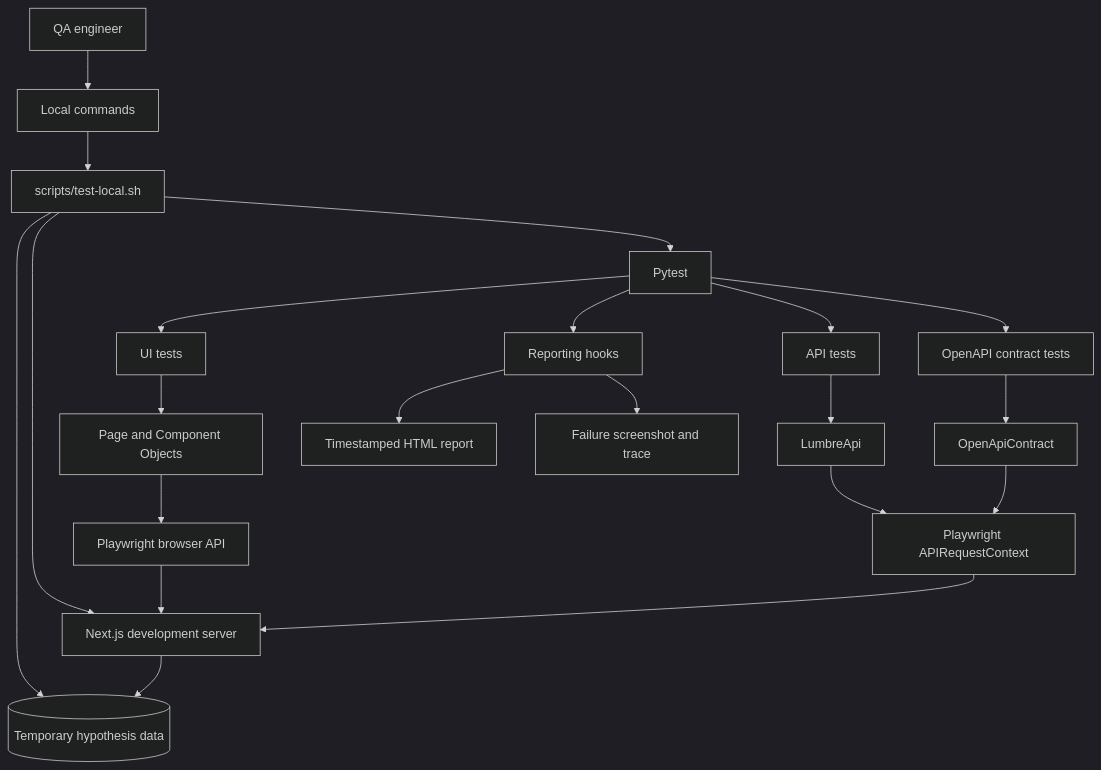
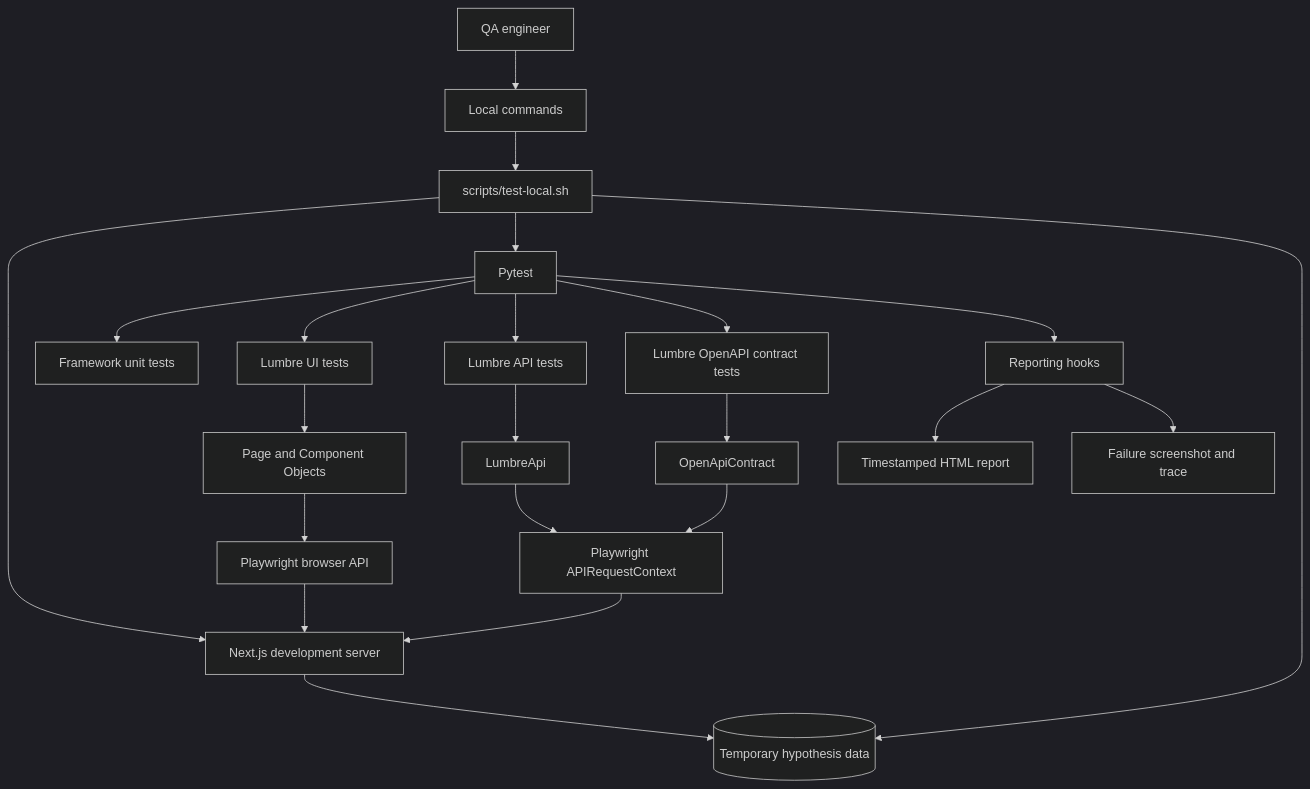
Before and after one commit to zvasdfg/lumbre-playwright-python: the first of 6 diagrams in docs/ARCHITECTURE.md, drawn with Mermaid (dark theme). The commit also changed other lines of this file and 8 other files, not shown here.

````diff
--- a/docs/ARCHITECTURE.md
+++ b/docs/ARCHITECTURE.md
@@ -21,29 +23,30 @@
 ```mermaid
 flowchart TB
     Engineer[QA engineer] --> Commands[Local commands]
     Commands --> Runner[scripts/test-local.sh]
 
     Runner --> DevServer[Next.js development server]
     Runner --> Pytest[Pytest]
     Runner --> TempData[(Temporary hypothesis data)]
 
-    Pytest --> UI[UI tests]
-    Pytest --> API[API tests]
-    Pytest --> Contracts[OpenAPI contract tests]
+    Pytest --> Unit[Framework unit tests]
+    Pytest --> UI[Lumbre UI tests]
+    Pytest --> API[Lumbre API tests]
+    Pytest --> Contracts[Lumbre OpenAPI contract tests]
     Pytest --> Evidence[Reporting hooks]
 
     UI --> POM[Page and Component Objects]
     POM --> Playwright[Playwright browser API]
     Playwright --> DevServer
 
     API --> Client[LumbreApi]
     Client --> RequestContext[Playwright APIRequestContext]
     RequestContext --> DevServer
 
     Contracts --> ContractAdapter[OpenApiContract]
     ContractAdapter --> RequestContext
 
     DevServer --> TempData
     Evidence --> Report[Timestamped HTML report]
     Evidence --> Failure[Failure screenshot and trace]
 ```
````
